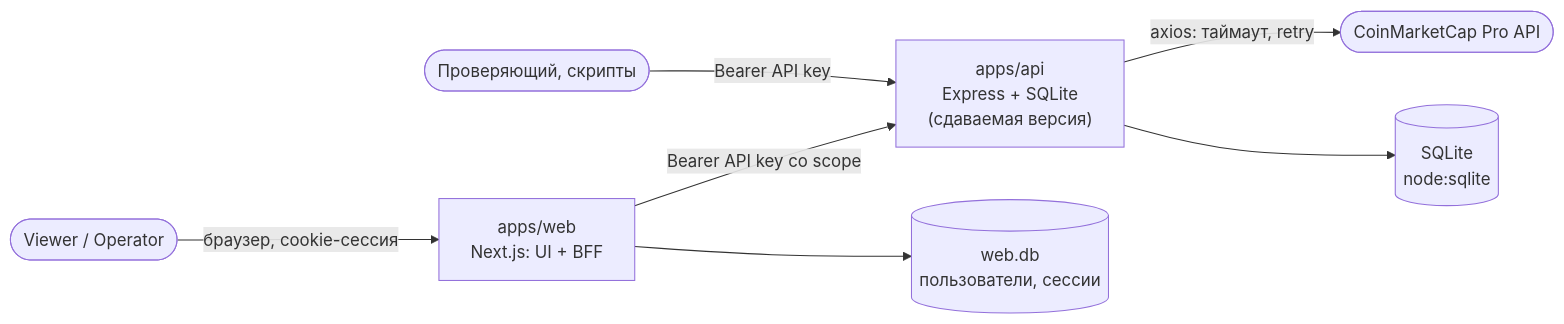
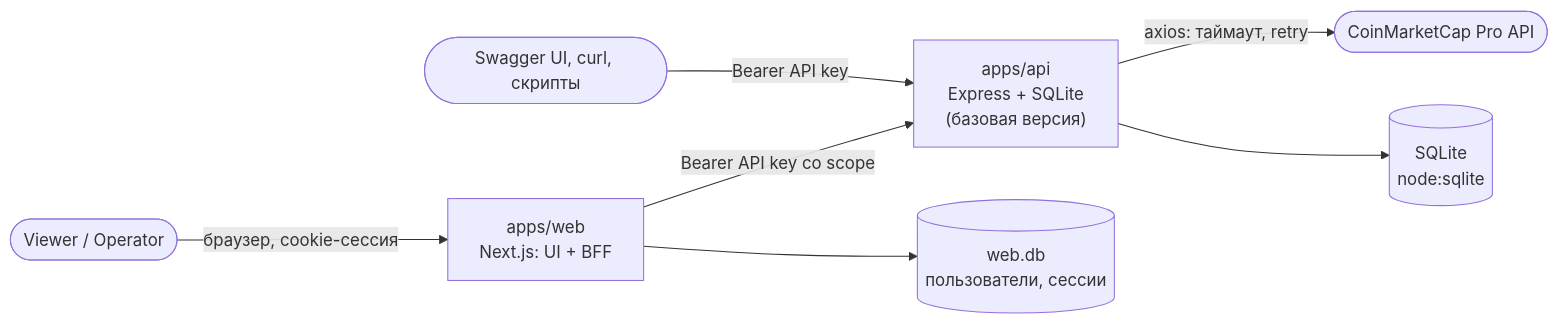
Before and after one commit to LeshBerz/crypto-price-tracker: the first of 2 diagrams in docs/project/architecture.md, drawn with Mermaid. The commit also changed other lines of this file and 58 other files, not shown here.

````diff
--- a/docs/project/architecture.md
+++ b/docs/project/architecture.md
@@ -7,9 +7,9 @@
 ```mermaid
 flowchart LR
   U([Viewer / Operator]) -->|браузер, cookie-сессия| WEB["apps/web<br/>Next.js: UI + BFF"]
-  WEB -->|Bearer API key со scope| API["apps/api<br/>Express + SQLite<br/>(сдаваемая версия)"]
-  R([Проверяющий, скрипты]) -->|Bearer API key| API
+  WEB -->|Bearer API key со scope| API["apps/api<br/>Express + SQLite<br/>(базовая версия)"]
+  R([Swagger UI, curl, скрипты]) -->|Bearer API key| API
   API -->|axios: таймаут, retry| CMC([CoinMarketCap Pro API])
   API --> DB[(SQLite<br/>node:sqlite)]
   WEB --> WDB[(web.db<br/>пользователи, сессии)]
 ```
````
